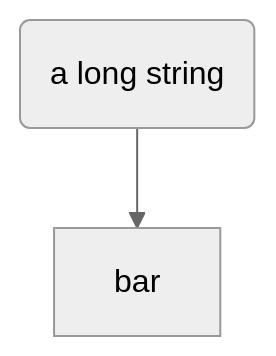
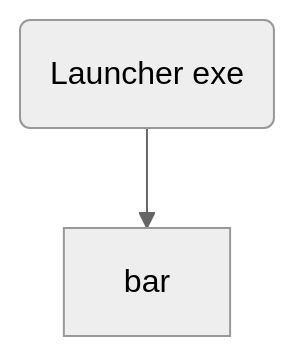
One commit to funjobie/OpenSwordArtsVR changed diagram 15 of 16 in sandbox/MerMaid_diagram_integration.md. Above: the diagram before and after it, drawn with Mermaid (neutral theme). The commit also changed other lines of this file, not shown here.

````diff
--- a/sandbox/MerMaid_diagram_integration.md
+++ b/sandbox/MerMaid_diagram_integration.md
@@ -200,4 +200,4 @@
 ```mermaid
 flowchart TD
-    foo("a long string") --> bar
+    foo("Launcher exe") --> bar
 ```
````
